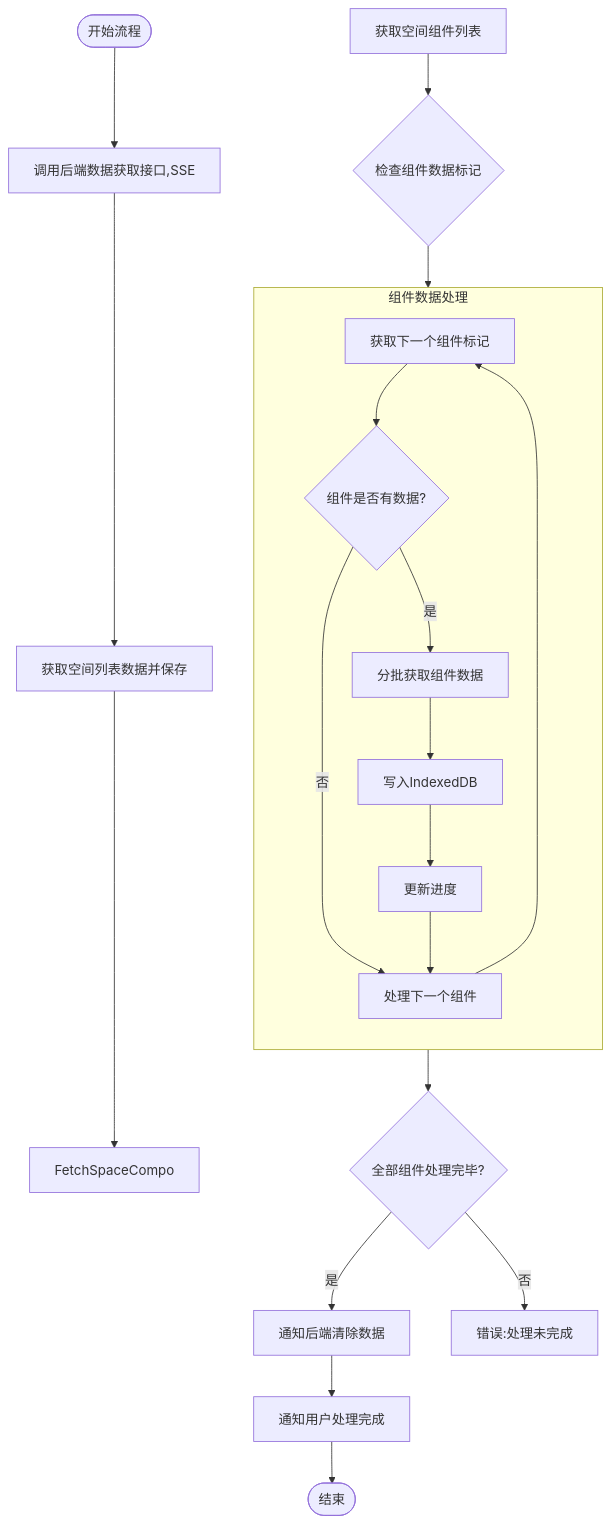
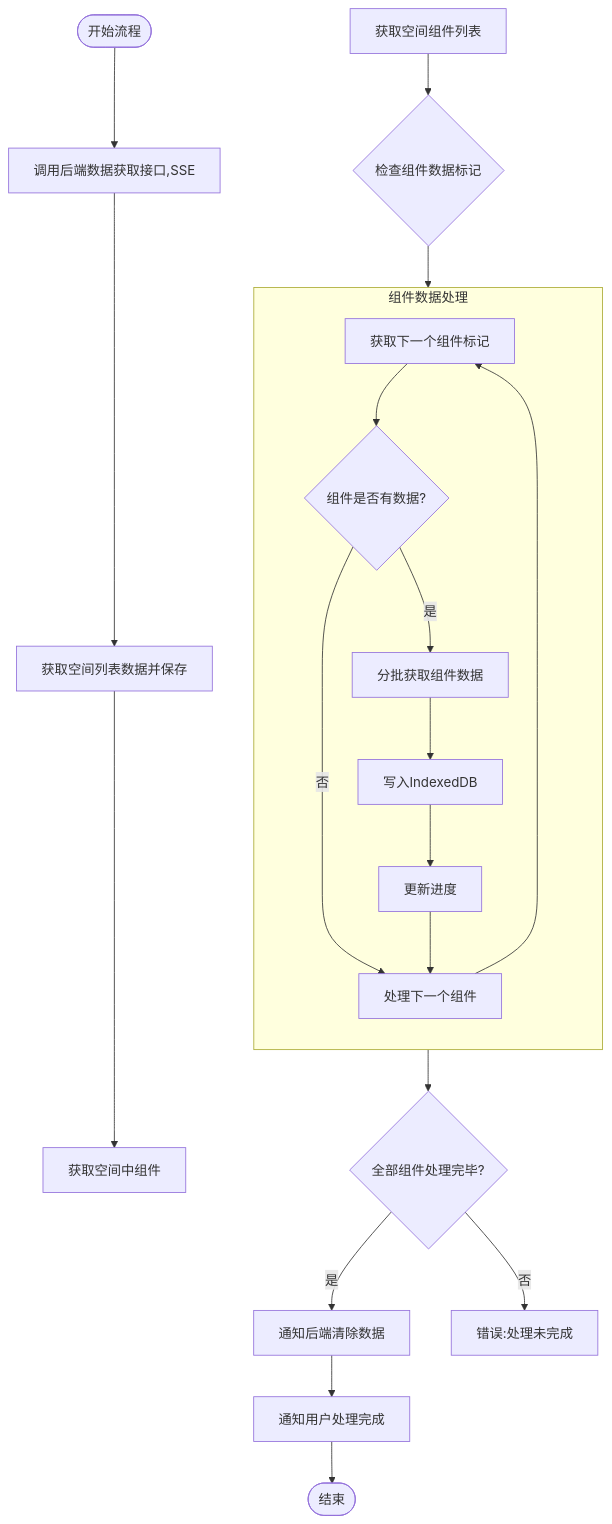
One commit to yingjianzh/iodraw-files changed the diagram in all/未命名-59.md. Above: the diagram before and after it, drawn with Mermaid.

Commit message:
2025-05-14 14:52:47 update

````diff
--- a/all/未命名-59.md
+++ b/all/未命名-59.md
@@ -1,32 +1,32 @@
 ```mermaid
 
 flowchart TD
     Start([开始流程]) --> FetchData[调用后端数据获取接口,SSE]
     FetchData --> FetchSpaceData[获取空间列表数据并保存]
-    FetchSpaceData --> FetchSpaceCompo
+    FetchSpaceData --> FetchSpaceComponent[获取空间中组件]
     
     
     FetchComponentList[获取空间组件列表]
     FetchComponentList --> CheckComponentData{检查组件数据标记}
     
     subgraph ComponentProcess [组件数据处理]
         direction TB
         A[获取下一个组件标记] --> B{组件是否有数据?}
         B -->|否| NextComponent[处理下一个组件]
         B -->|是| C[分批获取组件数据]
         C --> D[写入IndexedDB]
         D --> UpdateProgress[更新进度]
         UpdateProgress --> NextComponent
         NextComponent --> A
     end
     
     CheckComponentData --> ComponentProcess
     ComponentProcess --> AllComponentsProcessed{全部组件处理完毕?}
     
     AllComponentsProcessed -->|是| ClearServerData[通知后端清除数据]
     AllComponentsProcessed -->|否| Error3[错误:处理未完成]
     
     ClearServerData --> CompletionNotification[通知用户处理完成]
     CompletionNotification --> End([结束])
 
 ```
````
